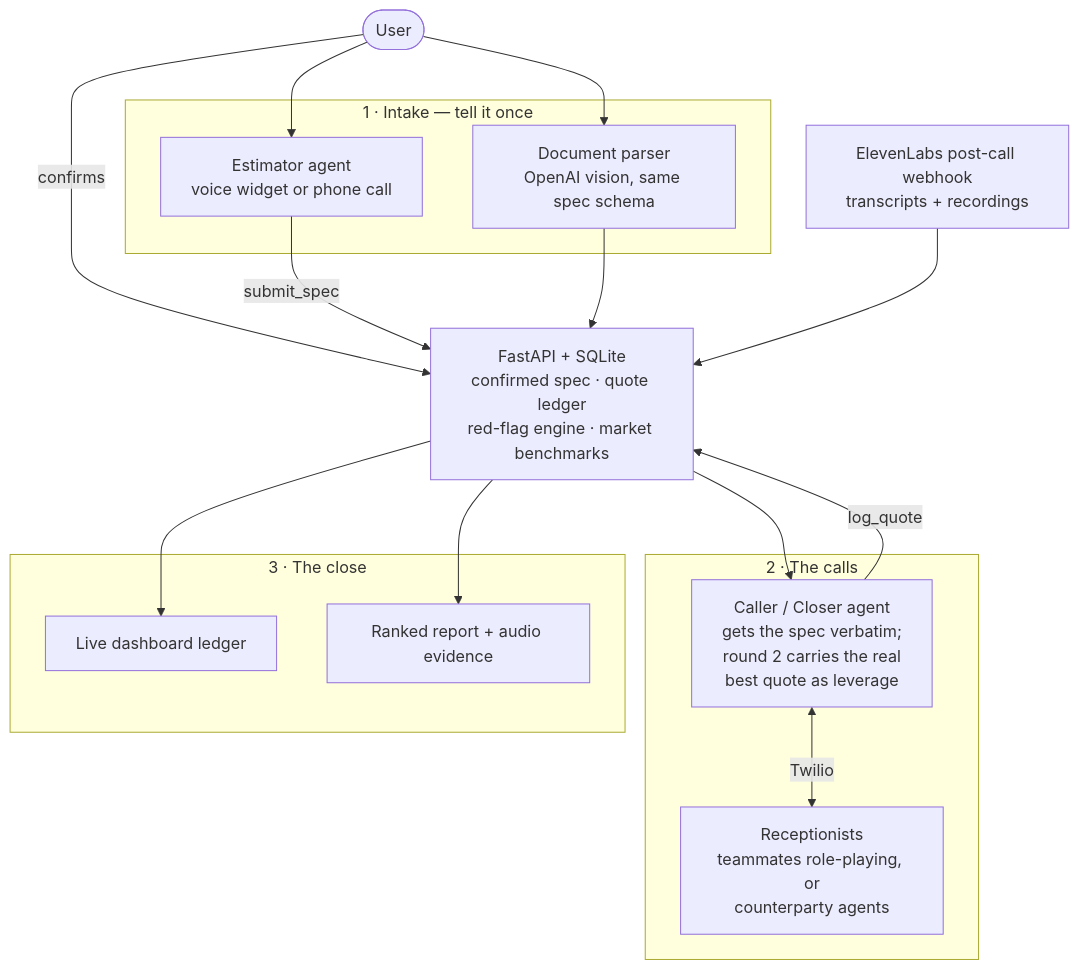
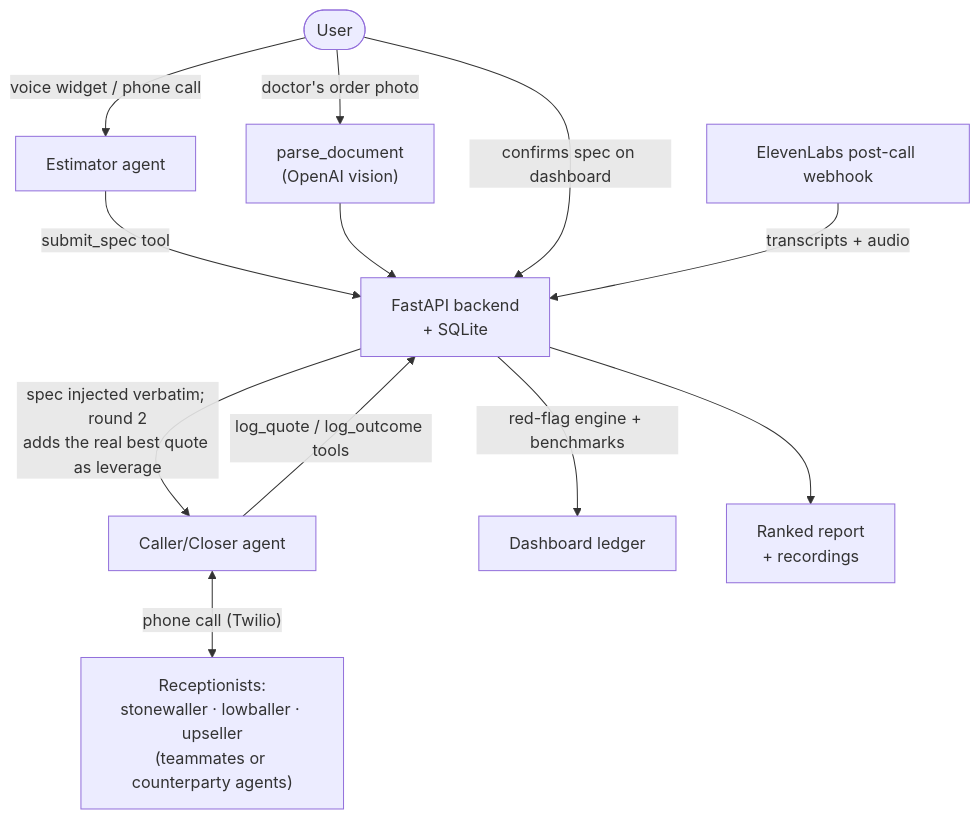
The diagram in README.md (changshoufeng0609-cmd/scansaver), drawn with Mermaid before and after one commit.

Commit message:
README: diagram v4 — v1 layout (renders cleanly) with the two parallel edges merged

````diff
--- a/README.md
+++ b/README.md
@@ -44,35 +44,14 @@
 ```mermaid
 flowchart TD
-    U([User])
-
-    subgraph S1["1 · Intake — tell it once"]
-        EST["Estimator agent<br/>voice widget or phone call"]
-        DOC["Document parser<br/>OpenAI vision, same spec schema"]
-    end
-
-    API["FastAPI + SQLite<br/>confirmed spec · quote ledger<br/>red-flag engine · market benchmarks"]
-
-    subgraph S2["2 · The calls"]
-        CALLER["Caller / Closer agent<br/>gets the spec verbatim;<br/>round 2 carries the real<br/>best quote as leverage"]
-        CP["Receptionists<br/>teammates role-playing, or<br/>counterparty agents"]
-    end
-
-    EL["ElevenLabs post-call webhook<br/>transcripts + recordings"]
-
-    subgraph S3["3 · The close"]
-        LEDGER["Live dashboard ledger"]
-        REPORT["Ranked report + audio evidence"]
-    end
-
-    U --> EST
-    U --> DOC
-    U -->|confirms| API
-    EST -->|submit_spec| API
+    U([User]) -->|voice widget / phone call| EST["Estimator agent"]
+    U -->|doctor's order photo| DOC["parse_document<br/>(OpenAI vision)"]
+    EST -->|submit_spec tool| API["FastAPI backend<br/>+ SQLite"]
     DOC --> API
-    API --> CALLER
-    CALLER -->|log_quote| API
-    CALLER <-->|Twilio| CP
-    EL --> API
-    API --> LEDGER
-    API --> REPORT
+    U -->|confirms spec on dashboard| API
+    API -->|"spec injected verbatim; round 2<br/>adds the real best quote as leverage"| CALLER["Caller/Closer agent"]
+    CALLER <-->|"phone call (Twilio)"| CP["Receptionists:<br/>stonewaller · lowballer · upseller<br/>(teammates or counterparty agents)"]
+    CALLER -->|log_quote / log_outcome tools| API
+    API -->|red-flag engine + benchmarks| LEDGER["Dashboard ledger"]
+    EL["ElevenLabs post-call webhook"] -->|transcripts + audio| API
+    API --> REPORT["Ranked report<br/>+ recordings"]
 ```
````
